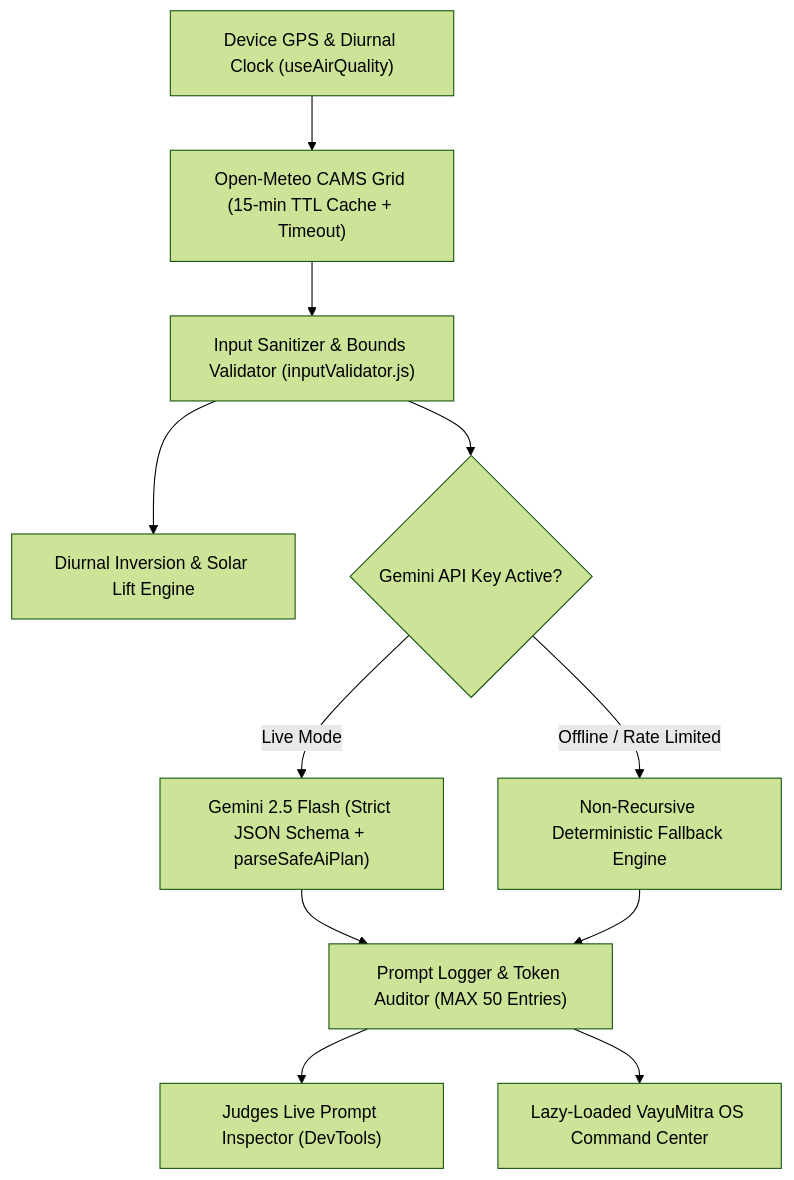
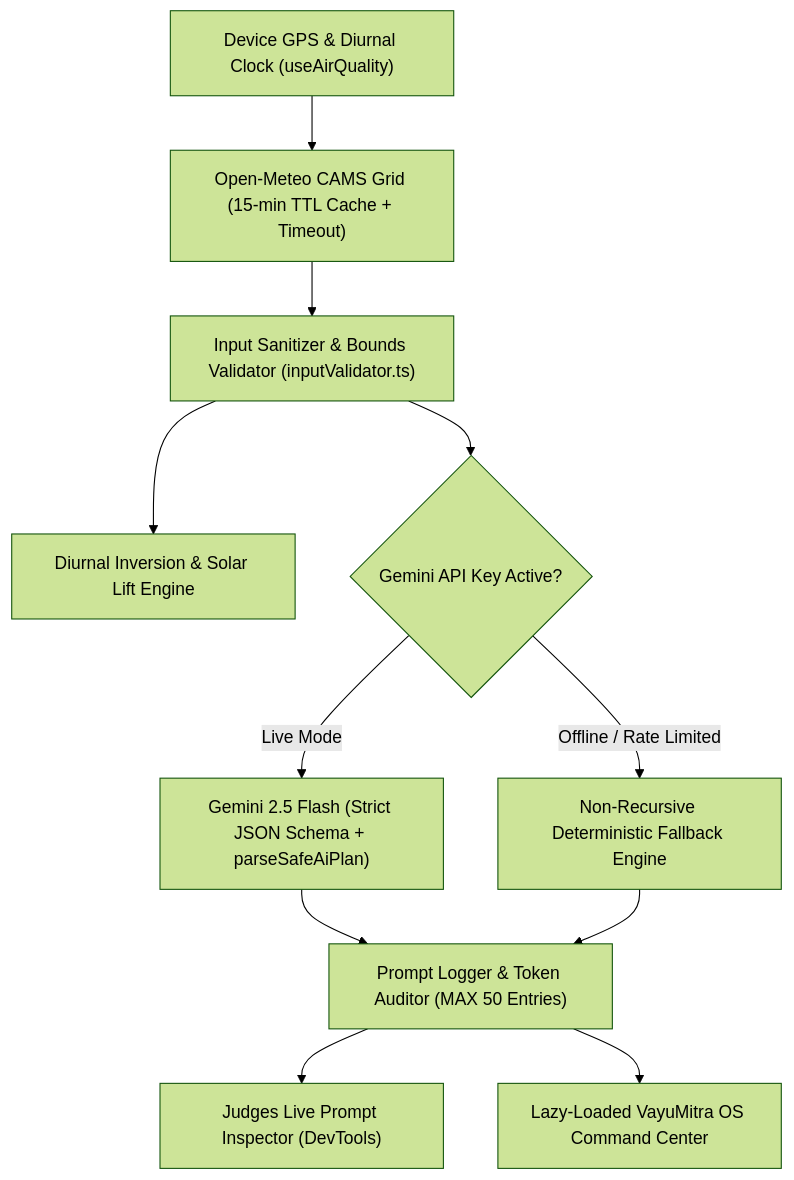
Before and after one commit to mohiddin-ahmed/aeroshield-ai: the diagram in README.md, drawn with Mermaid (forest theme). The commit also changed other lines of this file and 10 other files, not shown here.

````diff
--- a/README.md
+++ b/README.md
@@ -58,13 +60,13 @@
 ```mermaid
 flowchart TD
     A["Device GPS & Diurnal Clock (useAirQuality)"] --> B["Open-Meteo CAMS Grid (15-min TTL Cache + Timeout)"]
-    B --> C["Input Sanitizer & Bounds Validator (inputValidator.js)"]
+    B --> C["Input Sanitizer & Bounds Validator (inputValidator.ts)"]
     C --> D["Diurnal Inversion & Solar Lift Engine"]
     C --> E{"Gemini API Key Active?"}
     E -->|"Live Mode"| F["Gemini 2.5 Flash (Strict JSON Schema + parseSafeAiPlan)"]
     E -->|"Offline / Rate Limited"| G["Non-Recursive Deterministic Fallback Engine"]
     F --> H["Prompt Logger & Token Auditor (MAX 50 Entries)"]
     G --> H
     H --> I["Judges Live Prompt Inspector (DevTools)"]
     H --> J["Lazy-Loaded VayuMitra OS Command Center"]
 ```
````
